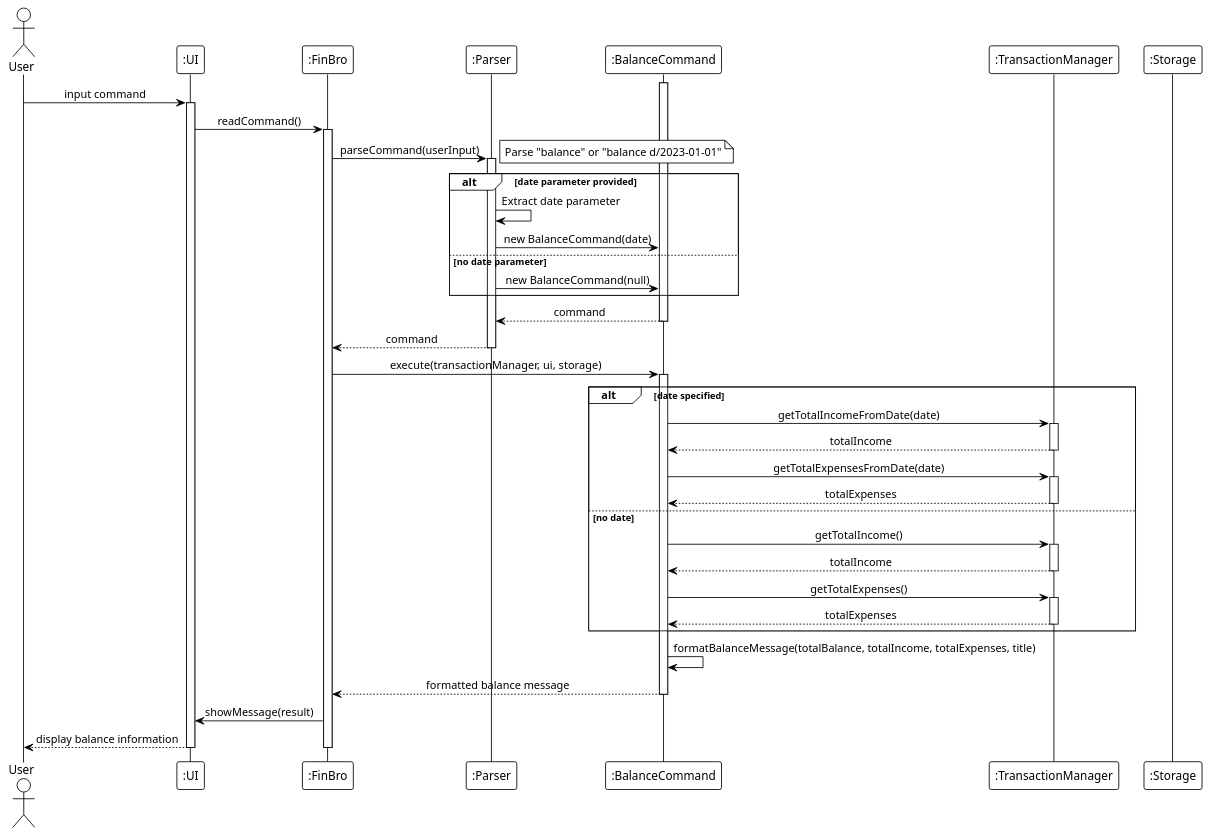
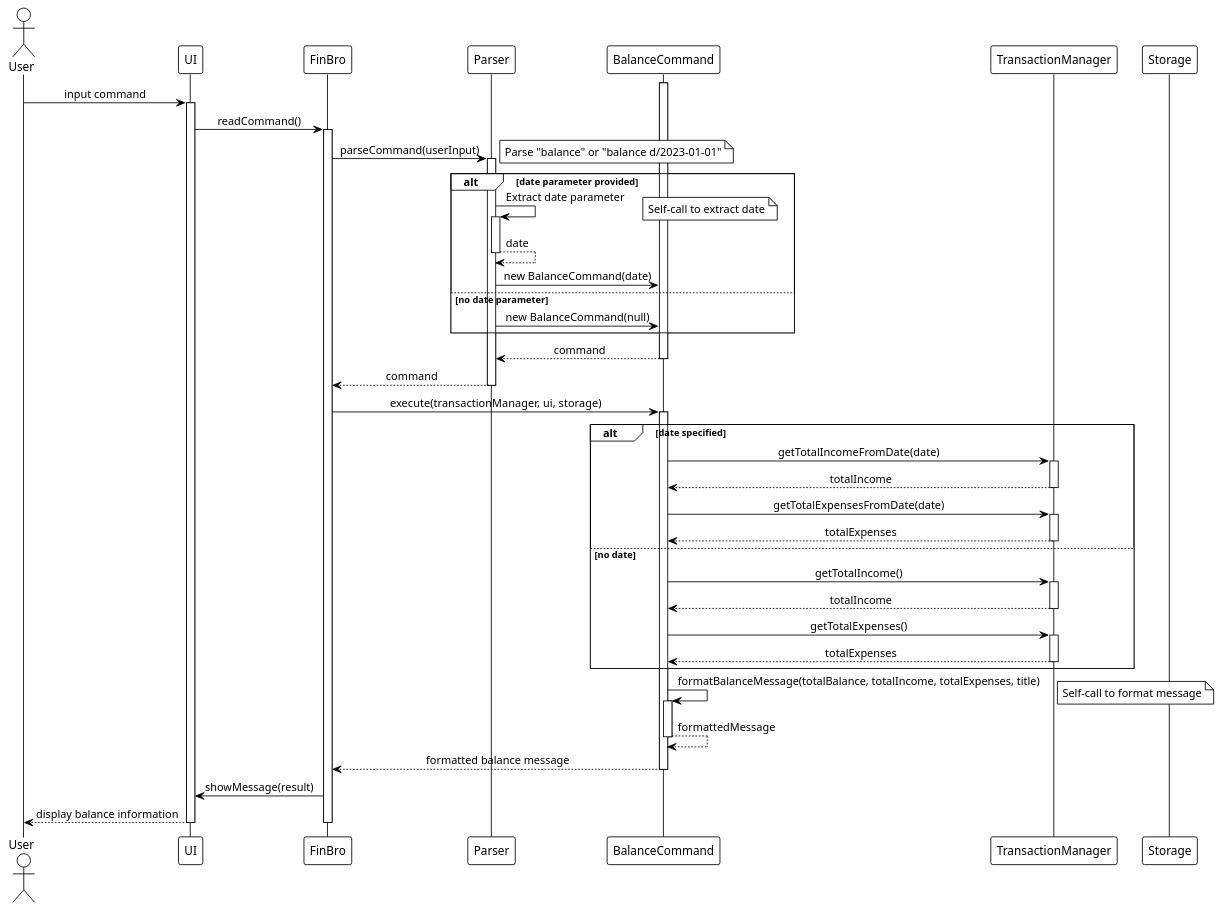
Before and after one commit to laitcanard05/tp: diagram 19 of 20 in docs/DeveloperGuide.md, drawn with PlantUML. The commit also changed other lines of this file, not shown here.

Commit message:
Fix self-call issues

```diff
--- a/docs/DeveloperGuide.md
+++ b/docs/DeveloperGuide.md
@@ -1628,12 +1656,12 @@
 skinparam responseMessageBelowArrow true
 
 actor "User" as User
-participant ":UI" as UI
-participant ":FinBro" as FinBro
-participant ":Parser" as Parser
-participant ":BalanceCommand" as BalanceCommand
-participant ":TransactionManager" as TransactionMgr
-participant ":Storage" as Storage
+participant "UI" as UI
+participant "FinBro" as FinBro
+participant "Parser" as Parser
+participant "BalanceCommand" as BalanceCommand
+participant "TransactionManager" as TransactionMgr
+participant "Storage" as Storage
 
 User -> UI : input command
 activate UI
@@ -1647,6 +1675,11 @@
 
 alt date parameter provided
     Parser -> Parser : Extract date parameter
+    activate Parser
+    note right: Self-call to extract date
+    Parser --> Parser : date
+    deactivate Parser
+    
     Parser -> BalanceCommand : new BalanceCommand(date)
 else no date parameter
     Parser -> BalanceCommand : new BalanceCommand(null)
@@ -1684,6 +1717,11 @@
 end
 
 BalanceCommand -> BalanceCommand : formatBalanceMessage(totalBalance, totalIncome, totalExpenses, title)
+activate BalanceCommand
+note right: Self-call to format message
+BalanceCommand --> BalanceCommand : formattedMessage
+deactivate BalanceCommand
+
 BalanceCommand --> FinBro : formatted balance message
 deactivate BalanceCommand
 
```
